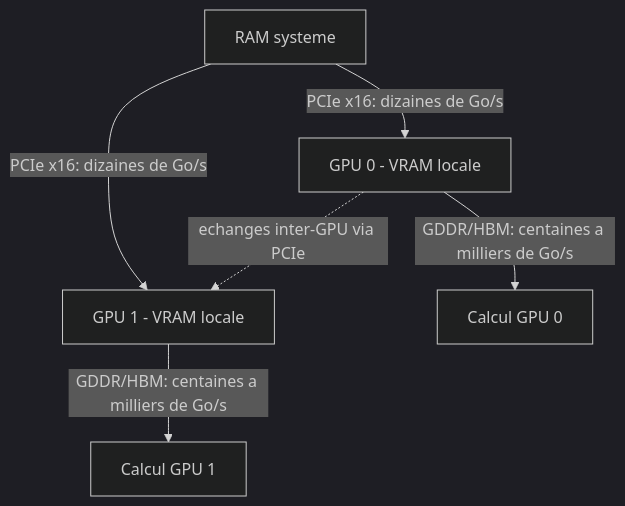
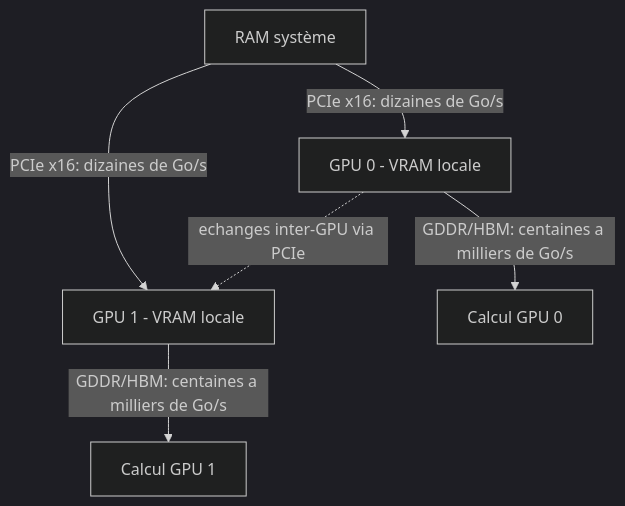
One commit to DamienBecherini/ia-on-prem-vault changed the diagram in 02-materiel/stations-multi-gpu.md. Above: the diagram before and after it, drawn with Mermaid (dark theme). The commit also changed 6 other files, not shown here.

````diff
--- a/02-materiel/stations-multi-gpu.md
+++ b/02-materiel/stations-multi-gpu.md
@@ -59,8 +59,8 @@
 ```mermaid
 graph TD
-    A[RAM systeme] -->|PCIe x16: dizaines de Go/s| B[GPU 0 - VRAM locale]
+    A[RAM système] -->|PCIe x16: dizaines de Go/s| B[GPU 0 - VRAM locale]
     A -->|PCIe x16: dizaines de Go/s| C[GPU 1 - VRAM locale]
     B -. echanges inter-GPU via PCIe .-> C
     B -->|GDDR/HBM: centaines a milliers de Go/s| D[Calcul GPU 0]
     C -->|GDDR/HBM: centaines a milliers de Go/s| E[Calcul GPU 1]
 ```
````
